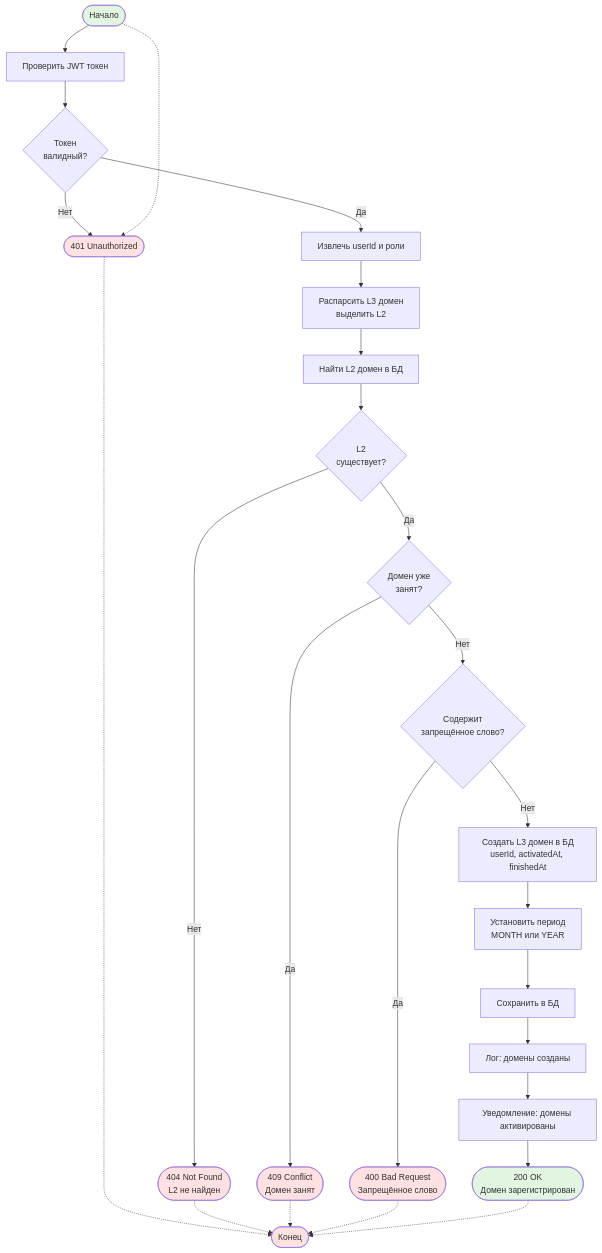
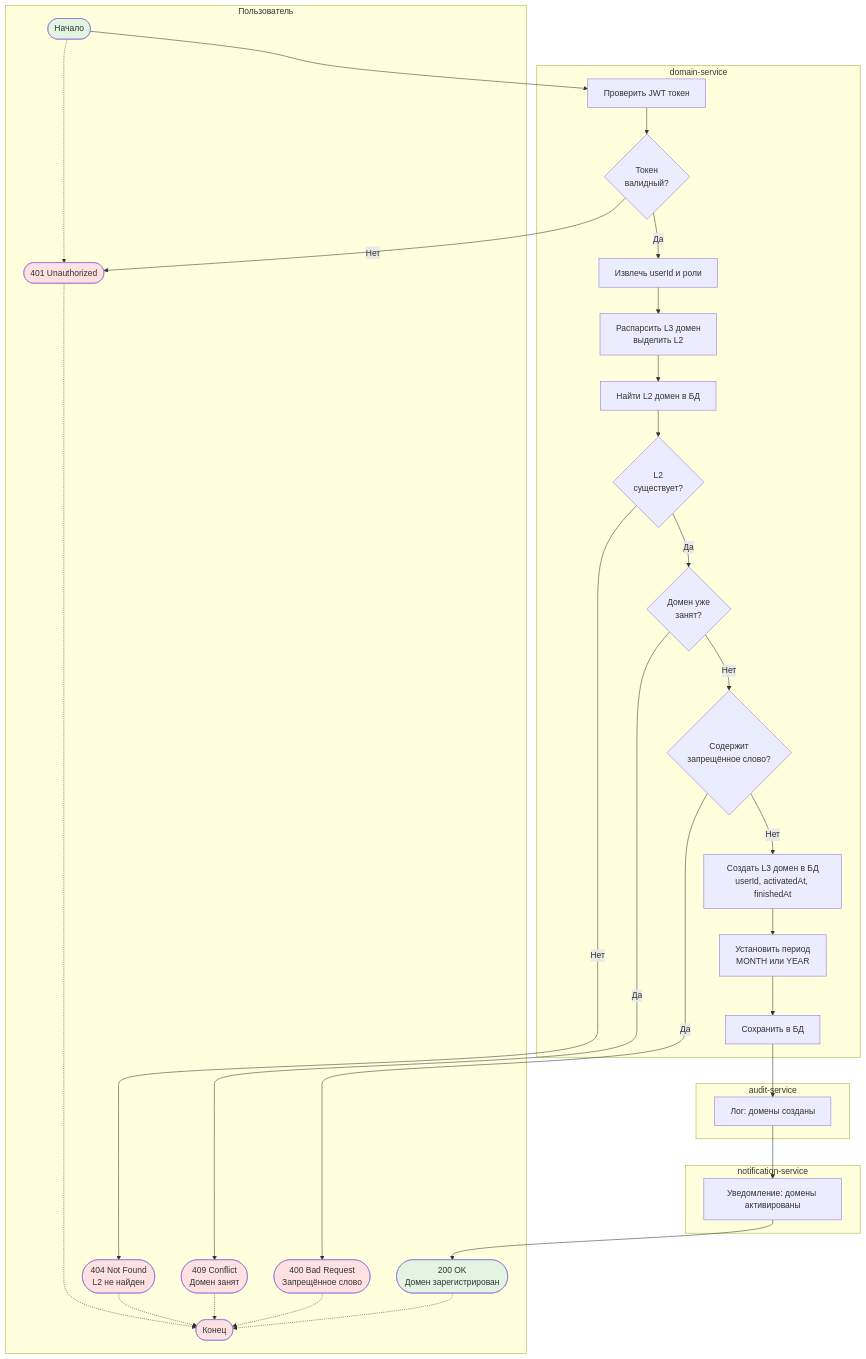
Before and after one commit to PawKorchagin/hrofos-domain-register: the sixth of 11 diagrams in domain-service/README.md, drawn with Mermaid. The commit also changed other lines of this file and 7 other files, not shown here.

````diff
--- a/domain-service/README.md
+++ b/domain-service/README.md
@@ -352,44 +352,76 @@
 ```mermaid
-flowchart TD
-    Start([Начало]) --> Auth[Проверить JWT токен]
+flowchart TB
+    subgraph UserLane["         Пользователь"]
+        Start([Начало])
+        Return401([401 Unauthorized])
+        Return404([404 Not Found<br/>L2 не найден])
+        Return409([409 Conflict<br/>Домен занят])
+        Return400([400 Bad Request<br/>Запрещённое слово])
+        Return200([200 OK<br/>Домен зарегистрирован])
+        End([Конец])
+    end
 
-    Auth --> IsValid{Токен<br/>валидный?}
-    IsValid -- Нет --> Return401([401 Unauthorized])
-    IsValid -- Да --> ExtractUser[Извлечь userId и роли]
+    subgraph DomainLane["         domain-service"]
+        Auth[Проверить JWT токен]
+        IsValid{Токен<br/>валидный?}
+        ExtractUser[Извлечь userId и роли]
+        ParseDomain[Распарсить L3 домен<br/>выделить L2]
+        FindL2[Найти L2 домен в БД]
+        L2Exists{L2<br/>существует?}
+        CheckDuplicate{Домен уже<br/>занят?}
+        CheckBad{Содержит<br/>запрещённое слово?}
+        CreateL3[Создать L3 домен в БД<br/>userId, activatedAt, finishedAt]
+        SetPeriod[Установить период<br/>MONTH или YEAR]
+        SaveDomain[Сохранить в БД]
+    end
 
-    ExtractUser --> ParseDomain[Распарсить L3 домен<br/>выделить L2]
-    ParseDomain --> FindL2[Найти L2 домен в БД]
+    subgraph AuditLane["         audit-service"]
+        Audit[Лог: домены созданы]
+    end
 
-    FindL2 --> L2Exists{L2<br/>существует?}
-    L2Exists -- Нет --> Return404([404 Not Found<br/>L2 не найден])
-    L2Exists -- Да --> CheckDuplicate{Домен уже<br/>занят?}
+    subgraph NotifLane["         notification-service"]
+        Notif[Уведомление: домены активированы]
+    end
 
-    CheckDuplicate -- Да --> Return409([409 Conflict<br/>Домен занят])
-    CheckDuplicate -- Нет --> CheckBad{Содержит<br/>запрещённое слово?}
+    Start --> Auth
 
-    CheckBad -- Да --> Return400([400 Bad Request<br/>Запрещённое слово])
-    CheckBad -- Нет --> CreateL3[Создать L3 домен в БД<br/>userId, activatedAt, finishedAt]
+    Auth --> IsValid
+    IsValid -- Нет --> Return401
+    IsValid -- Да --> ExtractUser
 
-    CreateL3 --> SetPeriod[Установить период<br/>MONTH или YEAR]
-    SetPeriod --> SaveDomain[Сохранить в БД]
+    ExtractUser --> ParseDomain
+    ParseDomain --> FindL2
 
-    SaveDomain --> Audit[Лог: домены созданы]
-    Audit --> Notif[Уведомление: домены активированы]
+    FindL2 --> L2Exists
+    L2Exists -- Нет --> Return404
+    L2Exists -- Да --> CheckDuplicate
 
-    Notif --> Return200([200 OK<br/>Домен зарегистрирован])
+    CheckDuplicate -- Да --> Return409
+    CheckDuplicate -- Нет --> CheckBad
+
+    CheckBad -- Да --> Return400
+    CheckBad -- Нет --> CreateL3
+
+    CreateL3 --> SetPeriod
+    SetPeriod --> SaveDomain
+
+    SaveDomain --> Audit
+    Audit --> Notif
+
+    Notif --> Return200
 
     Start -.-> Return401
-    Return401 -.-> End([Конец])
+    Return401 -.-> End
     Return404 -.-> End
     Return409 -.-> End
     Return400 -.-> End
     Return200 -.-> End
 
     style Start fill:#e1f5e1
     style End fill:#fce1e1
     style Return200 fill:#e1f5e1
     style Return401 fill:#ffe1e1
     style Return404 fill:#ffe1e1
     style Return409 fill:#ffe1e1
     style Return400 fill:#ffe1e1
 ```
````
